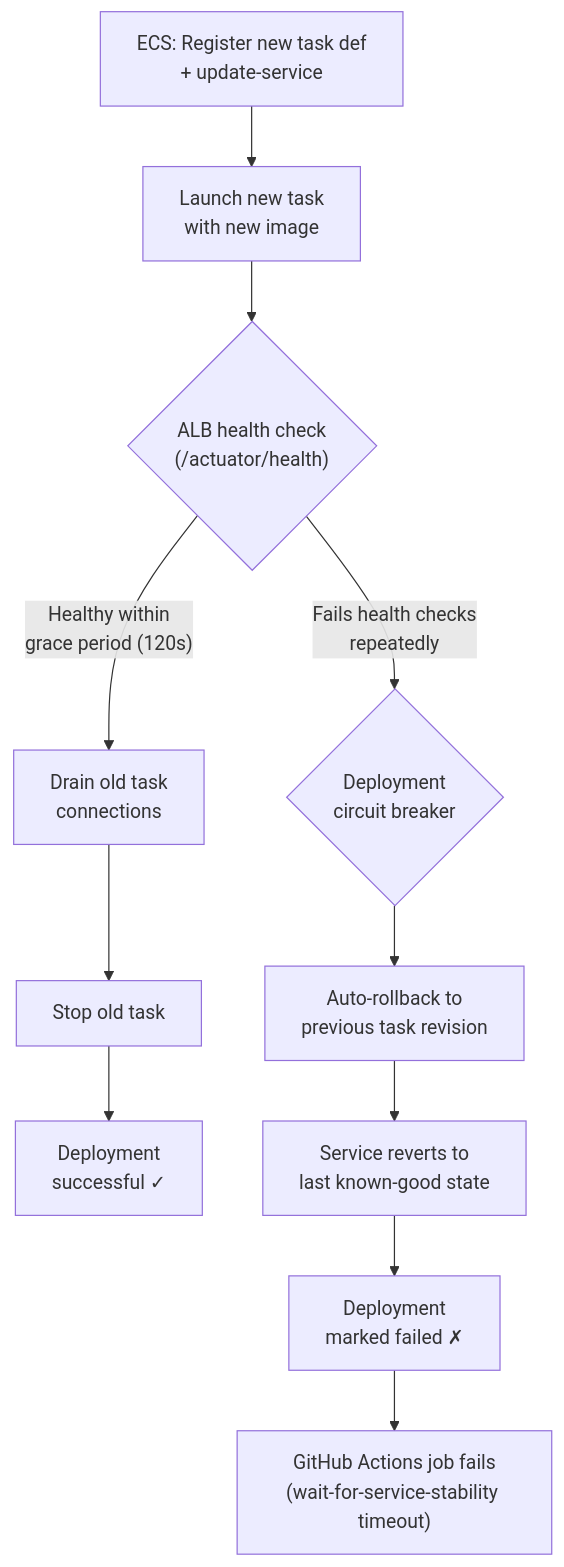
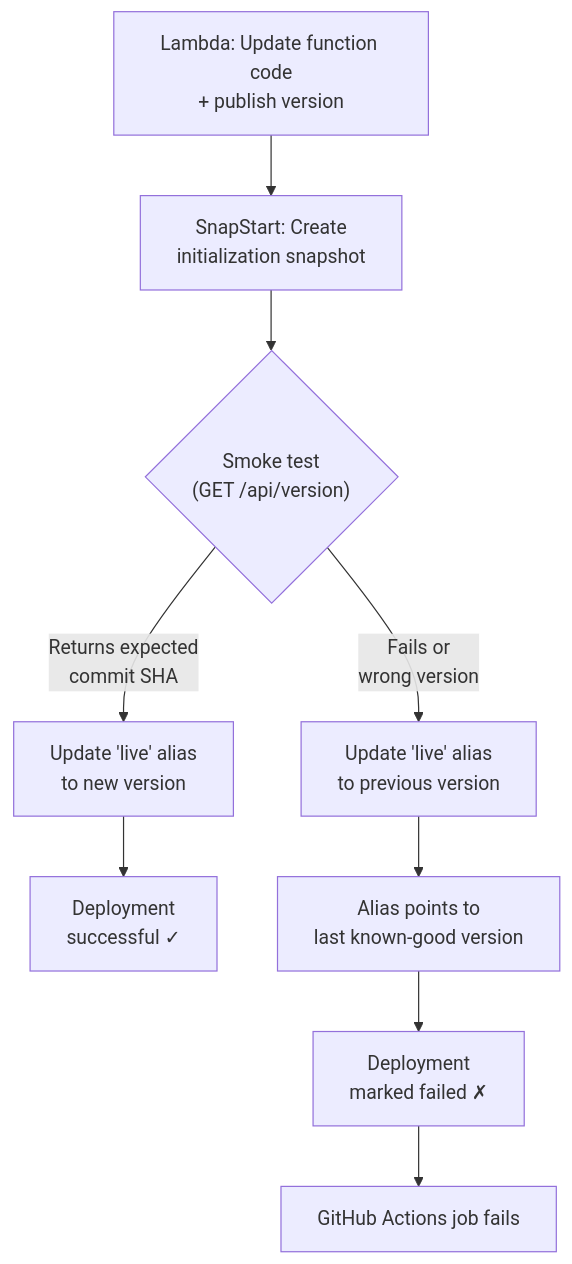
The fifth of 5 diagrams in docs/DEVOPS_INFRASTRUCTURE.md (clark22134/MyPortfolioWebsite), drawn with Mermaid before and after one commit. The commit also changed other lines of this file and 96 other files, not shown here.

````diff
--- a/docs/DEVOPS_INFRASTRUCTURE.md
+++ b/docs/DEVOPS_INFRASTRUCTURE.md
@@ -589,17 +680,15 @@
 ```mermaid
 graph TD
-    Deploy["ECS: Register new task def<br/>+ update-service"] --> Launch["Launch new task<br/>with new image"]
+    Deploy["Lambda: Update function code<br/>+ publish version"] --> Snap["SnapStart: Create<br/>initialization snapshot"]
     
-    Launch --> HC{"ALB health check<br/>(/actuator/health)"}
+    Snap --> Smoke{"Smoke test<br/>(GET /api/version)"}
     
-    HC -->|"Healthy within<br/>grace period (120s)"| Drain["Drain old task<br/>connections"]
-    Drain --> Stop["Stop old task"]
-    Stop --> Success["Deployment<br/>successful ✓"]
+    Smoke -->|"Returns expected<br/>commit SHA"| Alias["Update 'live' alias<br/>to new version"]
+    Alias --> Success["Deployment<br/>successful ✓"]
     
-    HC -->|"Fails health checks<br/>repeatedly"| CB{"Deployment<br/>circuit breaker"}
-    CB --> Rollback["Auto-rollback to<br/>previous task revision"]
-    Rollback --> Stable["Service reverts to<br/>last known-good state"]
+    Smoke -->|"Fails or<br/>wrong version"| Rollback["Update 'live' alias<br/>to previous version"]
+    Rollback --> Stable["Alias points to<br/>last known-good version"]
     Stable --> Fail["Deployment<br/>marked failed ✗"]
     
-    Fail --> GHA["GitHub Actions job fails<br/>(wait-for-service-stability timeout)"]
+    Fail --> GHA["GitHub Actions job fails"]
 ```
````
